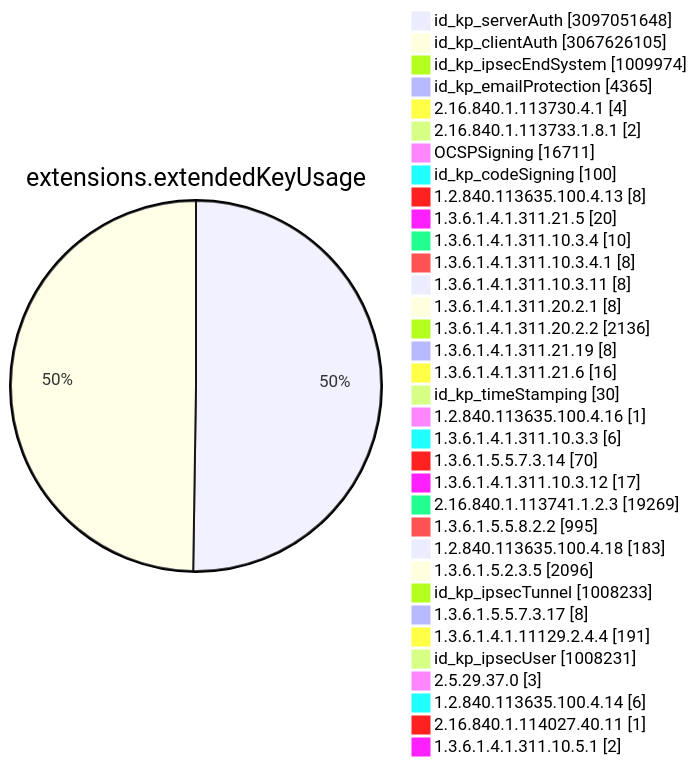
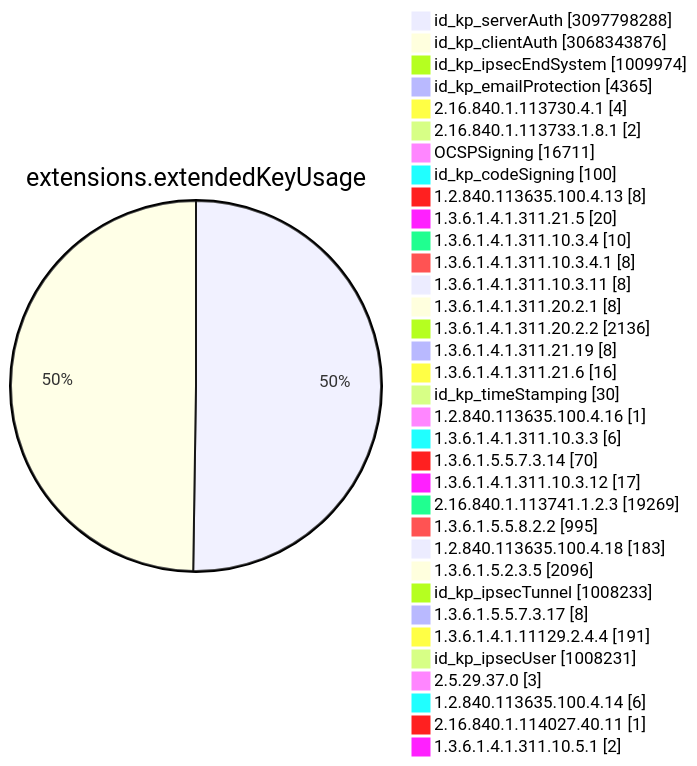
Diagram 11 of 15 in TOTAL/README.md (christiankrug/ctmonitor_visualization), drawn with Mermaid before and after one commit. The commit also changed other lines of this file, not shown here.

````diff
--- a/TOTAL/README.md
+++ b/TOTAL/README.md
@@ -4117,38 +4117,38 @@
 ```mermaid
 pie showData
 title extensions.extendedKeyUsage
-"id_kp_serverAuth" :3097051648
-"id_kp_clientAuth" :3067626105
+"id_kp_serverAuth" :3097798288
+"id_kp_clientAuth" :3068343876
 "id_kp_ipsecEndSystem" :1009974
 "id_kp_emailProtection" :4365
 "2.16.840.1.113730.4.1" :4
 "2.16.840.1.113733.1.8.1" :2
 "OCSPSigning" :16711
 "id_kp_codeSigning" :100
 "1.2.840.113635.100.4.13" :8
 "1.3.6.1.4.1.311.21.5" :20
 "1.3.6.1.4.1.311.10.3.4" :10
 "1.3.6.1.4.1.311.10.3.4.1" :8
 "1.3.6.1.4.1.311.10.3.11" :8
 "1.3.6.1.4.1.311.20.2.1" :8
 "1.3.6.1.4.1.311.20.2.2" :2136
 "1.3.6.1.4.1.311.21.19" :8
 "1.3.6.1.4.1.311.21.6" :16
 "id_kp_timeStamping" :30
 "1.2.840.113635.100.4.16" :1
 "1.3.6.1.4.1.311.10.3.3" :6
 "1.3.6.1.5.5.7.3.14" :70
 "1.3.6.1.4.1.311.10.3.12" :17
 "2.16.840.1.113741.1.2.3" :19269
 "1.3.6.1.5.5.8.2.2" :995
 "1.2.840.113635.100.4.18" :183
 "1.3.6.1.5.2.3.5" :2096
 "id_kp_ipsecTunnel" :1008233
 "1.3.6.1.5.5.7.3.17" :8
 "1.3.6.1.4.1.11129.2.4.4" :191
 "id_kp_ipsecUser" :1008231
 "2.5.29.37.0" :3
 "1.2.840.113635.100.4.14" :6
 "2.16.840.1.114027.40.11" :1
 "1.3.6.1.4.1.311.10.5.1" :2
 ```
````
